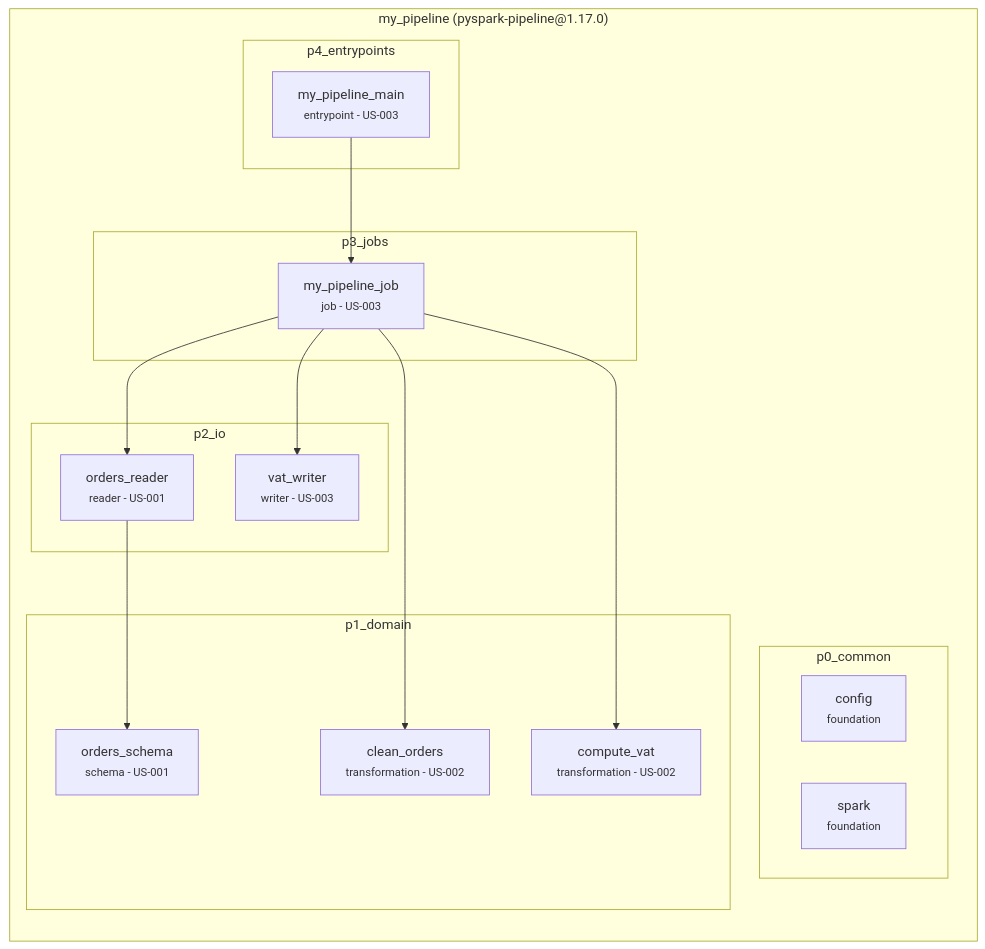
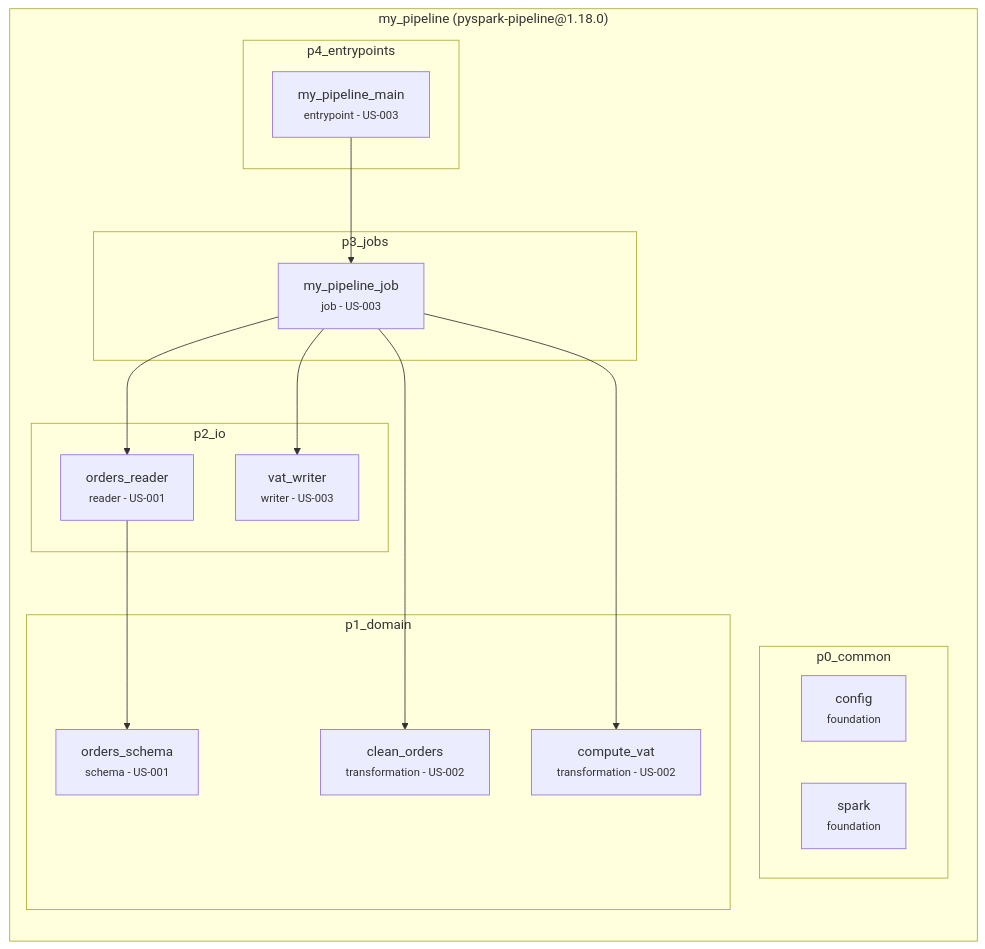
One commit to archvow/archvow-plugin changed the diagram in contract/archvow/examples/pyspark-pipeline/.archvow/spec.md. Above: the diagram before and after it, drawn with Mermaid. The commit also changed other lines of this file and 116 other files, not shown here.

````diff
--- a/contract/archvow/examples/pyspark-pipeline/.archvow/spec.md
+++ b/contract/archvow/examples/pyspark-pipeline/.archvow/spec.md
@@ -11,32 +11,32 @@
 ```mermaid
 flowchart TB
-  subgraph my_pipeline["my_pipeline (pyspark-pipeline@1.17.0)"]
+  subgraph my_pipeline["my_pipeline (pyspark-pipeline@1.18.0)"]
     direction TB
     subgraph my_pipeline__p0_common["p0_common"]
       my_pipeline__config["config<br/><small>foundation</small>"]
       my_pipeline__spark["spark<br/><small>foundation</small>"]
     end
     subgraph my_pipeline__p1_domain["p1_domain"]
       my_pipeline__clean_orders["clean_orders<br/><small>transformation - US-002</small>"]
       my_pipeline__compute_vat["compute_vat<br/><small>transformation - US-002</small>"]
       my_pipeline__orders_schema["orders_schema<br/><small>schema - US-001</small>"]
     end
     subgraph my_pipeline__p2_io["p2_io"]
       my_pipeline__orders_reader["orders_reader<br/><small>reader - US-001</small>"]
       my_pipeline__vat_writer["vat_writer<br/><small>writer - US-003</small>"]
     end
     subgraph my_pipeline__p3_jobs["p3_jobs"]
       my_pipeline__my_pipeline_job["my_pipeline_job<br/><small>job - US-003</small>"]
     end
     subgraph my_pipeline__p4_entrypoints["p4_entrypoints"]
       my_pipeline__my_pipeline_main["my_pipeline_main<br/><small>entrypoint - US-003</small>"]
     end
   end
   my_pipeline__orders_reader --> my_pipeline__orders_schema
   my_pipeline__my_pipeline_job --> my_pipeline__orders_reader
   my_pipeline__my_pipeline_job --> my_pipeline__clean_orders
   my_pipeline__my_pipeline_job --> my_pipeline__compute_vat
   my_pipeline__my_pipeline_job --> my_pipeline__vat_writer
   my_pipeline__my_pipeline_main --> my_pipeline__my_pipeline_job
   classDef empty fill:none,stroke:none
 ```
````
